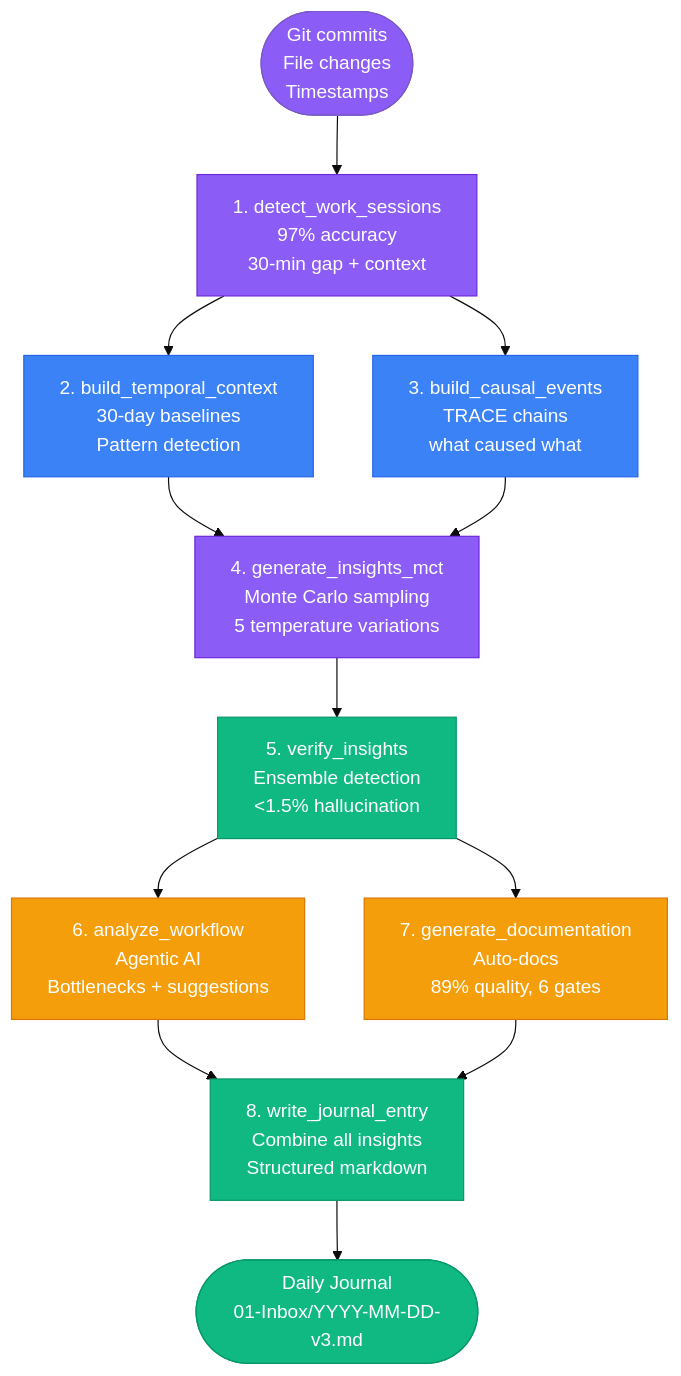
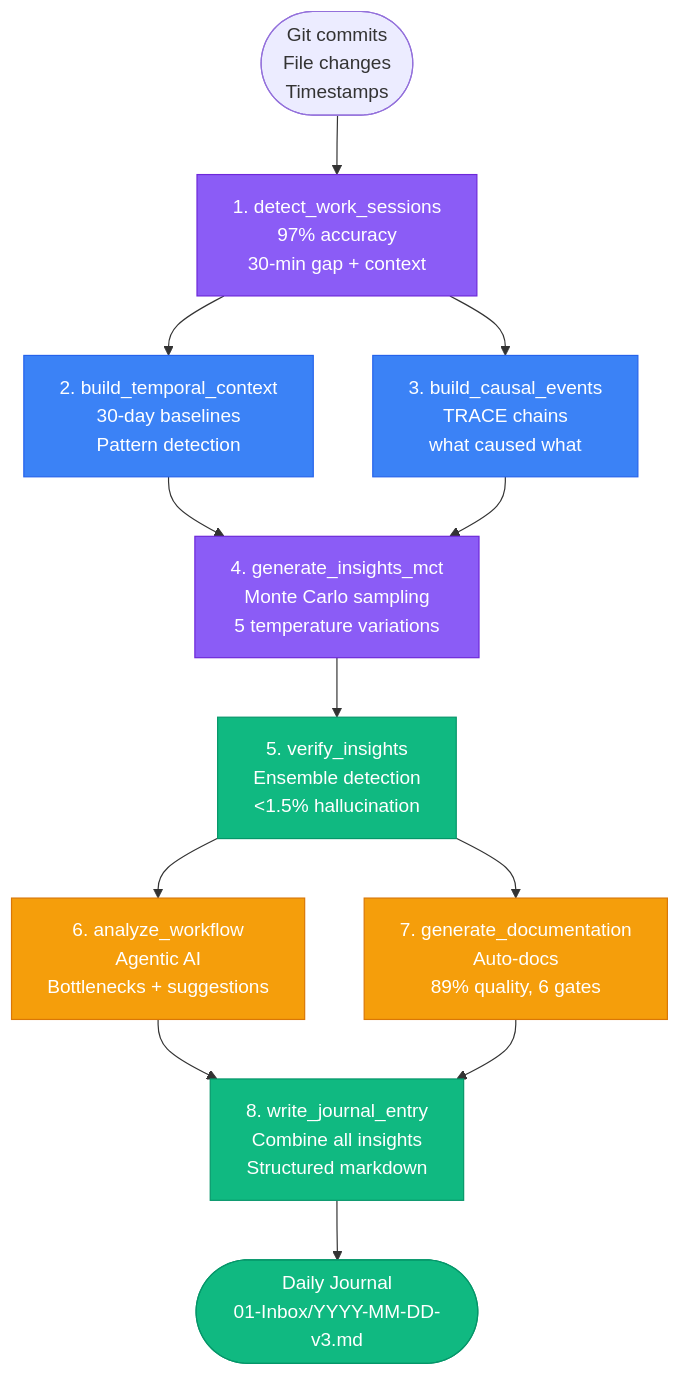
The second of 6 diagrams in src/data/blog/season-2-episode-4-three-systems-parallel-testing.md (rduffyuk/blog-astro), drawn with Mermaid before and after one commit. The commit also changed other lines of this file and 3 other files, not shown here.

First line of the commit message:
Add mermaid peer dependency and enable theme switching

````diff
--- a/src/data/blog/season-2-episode-4-three-systems-parallel-testing.md
+++ b/src/data/blog/season-2-episode-4-three-systems-parallel-testing.md
@@ -214,31 +213,30 @@
 ```mermaid
-%%{init: {'theme':'base', 'themeVariables': { 'primaryColor':'#8b5cf6','secondaryColor':'#10b981','tertiaryColor':'#3b82f6','primaryTextColor':'#fff'}}}%%
 flowchart TD
     Start([Git commits<br/>File changes<br/>Timestamps]) --> Task1[1. detect_work_sessions<br/>97% accuracy<br/>30-min gap + context]
 
     Task1 --> Task2[2. build_temporal_context<br/>30-day baselines<br/>Pattern detection]
     Task1 --> Task3[3. build_causal_events<br/>TRACE chains<br/>what caused what]
 
     Task2 --> Task4[4. generate_insights_mct<br/>Monte Carlo sampling<br/>5 temperature variations]
     Task3 --> Task4
 
     Task4 --> Task5[5. verify_insights<br/>Ensemble detection<br/>&lt;1.5% hallucination]
 
     Task5 --> Task6[6. analyze_workflow<br/>Agentic AI<br/>Bottlenecks + suggestions]
     Task5 --> Task7[7. generate_documentation<br/>Auto-docs<br/>89% quality, 6 gates]
 
     Task6 --> Task8[8. write_journal_entry<br/>Combine all insights<br/>Structured markdown]
     Task7 --> Task8
 
     Task8 --> Output([Daily Journal<br/>01-Inbox/YYYY-MM-DD-v3.md])
 
     style Task1 fill:#8b5cf6,stroke:#6d28d9,color:#fff
     style Task2 fill:#3b82f6,stroke:#2563eb,color:#fff
     style Task3 fill:#3b82f6,stroke:#2563eb,color:#fff
     style Task4 fill:#8b5cf6,stroke:#6d28d9,color:#fff
     style Task5 fill:#10b981,stroke:#059669,color:#fff
     style Task6 fill:#f59e0b,stroke:#d97706,color:#fff
     style Task7 fill:#f59e0b,stroke:#d97706,color:#fff
     style Task8 fill:#10b981,stroke:#059669,color:#fff
     style Output fill:#10b981,stroke:#059669,color:#fff
 ```
````
